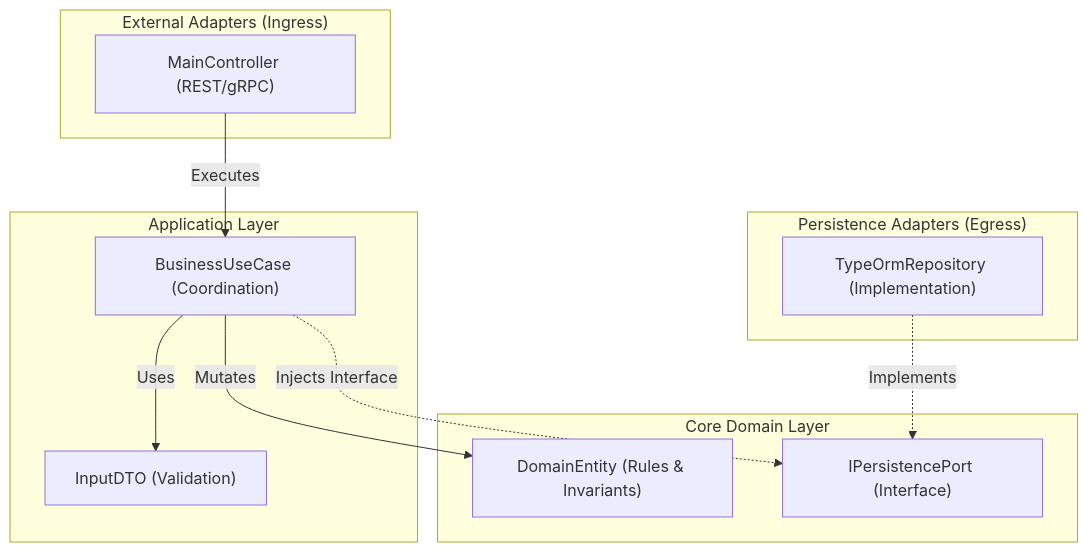
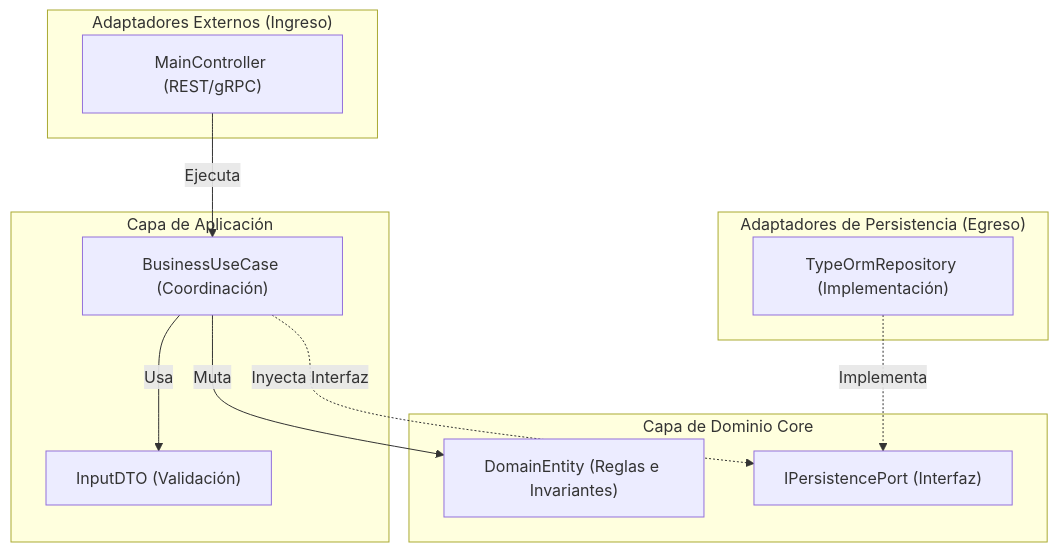
Before and after one commit to beyondnetcode/arc32_progresive_monolith: the third of 3 diagrams in arc-corporate-ws/corporate-standards-es/01-architecture/c4-topology-spec.md, drawn with Mermaid. The commit also changed other lines of this file and 89 other files, not shown here.

````diff
--- a/arc-corporate-ws/corporate-standards-es/01-architecture/c4-topology-spec.md
+++ b/arc-corporate-ws/corporate-standards-es/01-architecture/c4-topology-spec.md
@@ -94,26 +94,26 @@
 ```mermaid
 graph TD
-    subgraph HTTP["External Adapters (Ingress)"]
+    subgraph HTTP["Adaptadores Externos (Ingreso)"]
         Controller["MainController (REST/gRPC)"]
     end
 
-    subgraph Application["Application Layer"]
-        UseCase["BusinessUseCase (Coordination)"]
-        DTO["InputDTO (Validation)"]
+    subgraph Application["Capa de Aplicación"]
+        UseCase["BusinessUseCase (Coordinación)"]
+        DTO["InputDTO (Validación)"]
     end
 
-    subgraph Core["Core Domain Layer"]
-        Entity["DomainEntity (Rules & Invariants)"]
-        IPersistencePort["IPersistencePort (Interface)"]
+    subgraph Core["Capa de Dominio Core"]
+        Entity["DomainEntity (Reglas e Invariantes)"]
+        IPersistencePort["IPersistencePort (Interfaz)"]
     end
 
-    subgraph Infrastructure["Persistence Adapters (Egress)"]
-        TypeOrmAdapter["TypeOrmRepository (Implementation)"]
+    subgraph Infrastructure["Adaptadores de Persistencia (Egreso)"]
+        TypeOrmAdapter["TypeOrmRepository (Implementación)"]
     end
 
-    Controller -->|Executes| UseCase
-    UseCase -->|Uses| DTO
-    UseCase -->|Mutates| Entity
-    UseCase -.->|Injects Interface| IPersistencePort
-    TypeOrmAdapter -.->|Implements| IPersistencePort
+    Controller -->|Ejecuta| UseCase
+    UseCase -->|Usa| DTO
+    UseCase -->|Muta| Entity
+    UseCase -.->|Inyecta Interfaz| IPersistencePort
+    TypeOrmAdapter -.->|Implementa| IPersistencePort
 ```
````
